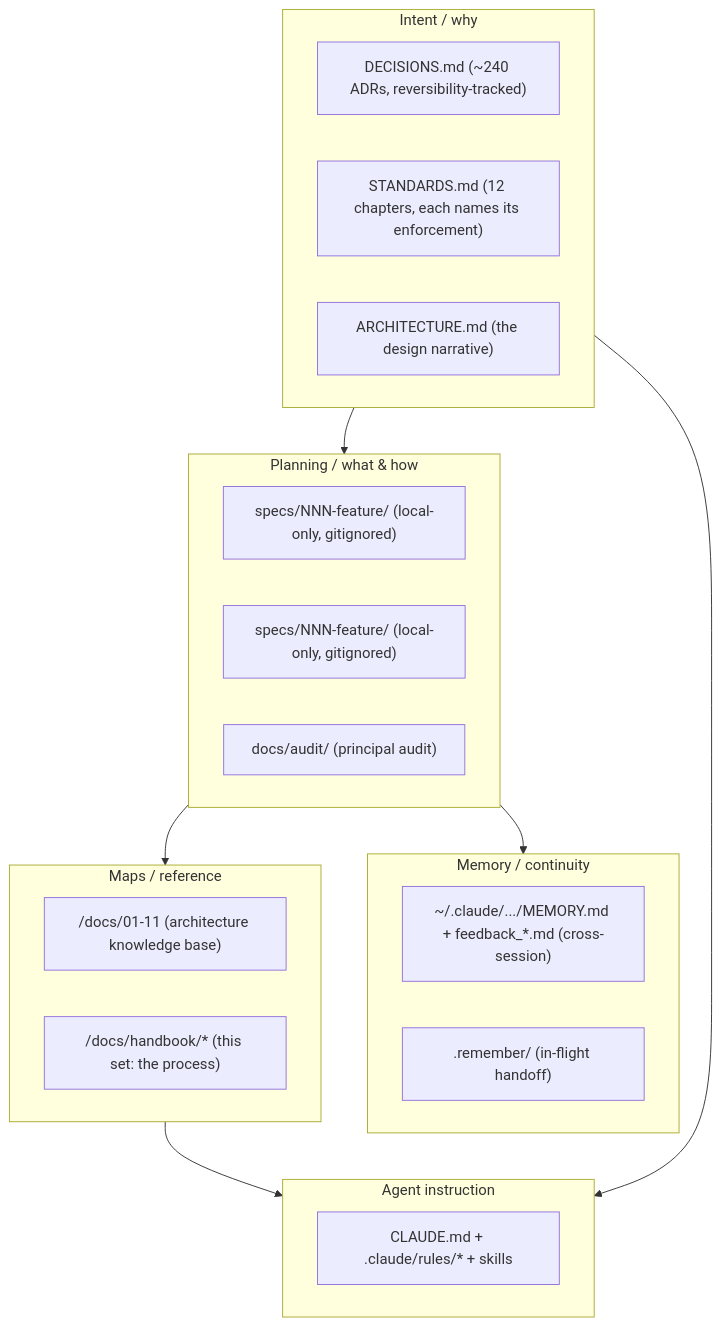
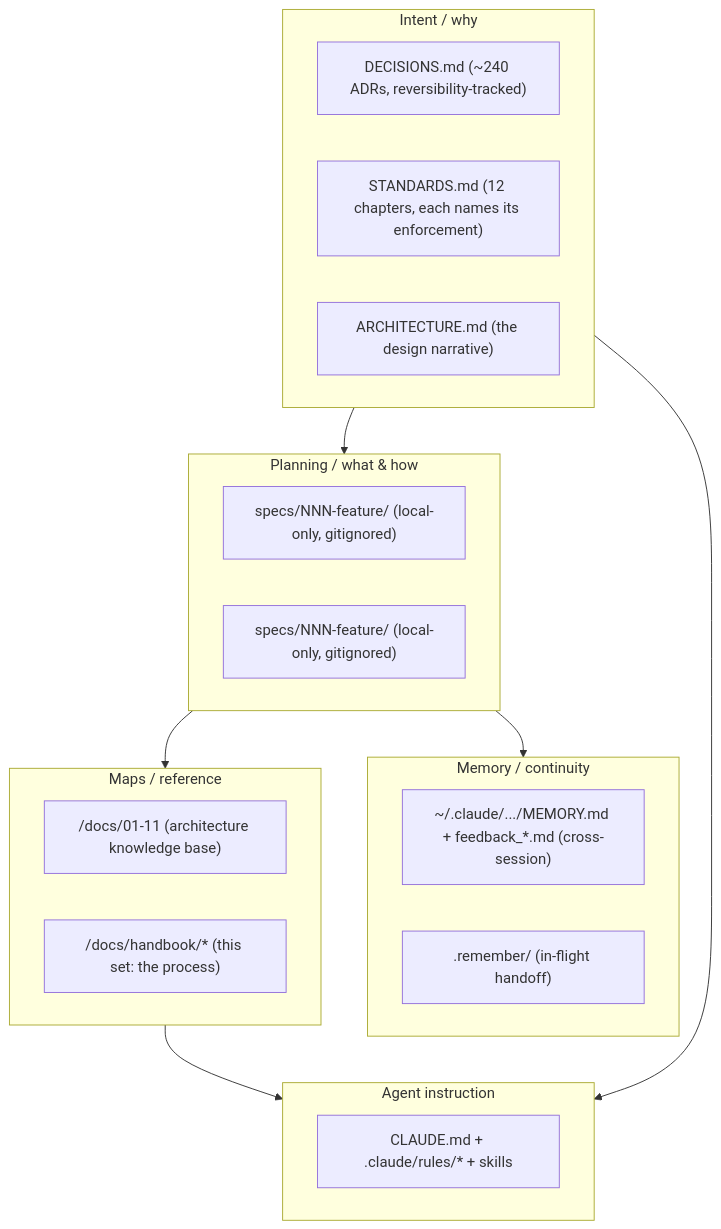
The first of 2 diagrams in docs/handbook/knowledge-architecture.md (erikunha/portfolio), drawn with Mermaid before and after one commit. The commit also changed 42 other files, not shown here.

````diff
--- a/docs/handbook/knowledge-architecture.md
+++ b/docs/handbook/knowledge-architecture.md
@@ -7,28 +7,27 @@
 ```mermaid
 flowchart TD
     subgraph intent["Intent / why"]
         adr["DECISIONS.md (~240 ADRs, reversibility-tracked)"]
         std["STANDARDS.md (12 chapters, each names its enforcement)"]
         arch["ARCHITECTURE.md (the design narrative)"]
     end
     subgraph plan["Planning / what & how"]
         specs["specs/NNN-feature/ (local-only, gitignored)"]
         plans["specs/NNN-feature/ (local-only, gitignored)"]
-        audit["docs/audit/ (principal audit)"]
     end
     subgraph maps["Maps / reference"]
         kb["/docs/01-11 (architecture knowledge base)"]
         hb["/docs/handbook/* (this set: the process)"]
     end
     subgraph agent["Agent instruction"]
         cl["CLAUDE.md + .claude/rules/* + skills"]
     end
     subgraph memory["Memory / continuity"]
         mem["~/.claude/.../MEMORY.md + feedback_*.md (cross-session)"]
         rem[".remember/ (in-flight handoff)"]
     end
     intent --> plan --> maps
     intent --> agent
     maps --> agent
     plan --> memory
 ```
````
